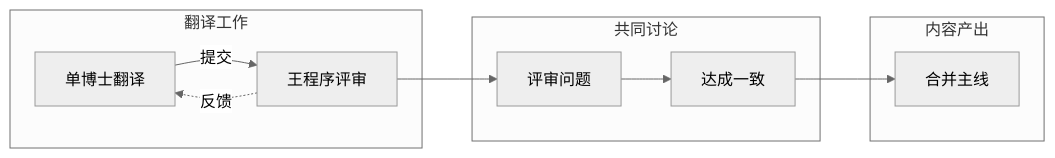
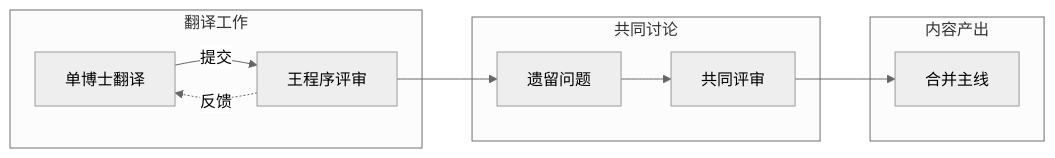
Before and after one commit to Jaas-Wang/smartbook: the diagram in README.md, drawn with Mermaid (neutral theme). The commit also changed 1 other file, not shown here.

````diff
--- a/README.md
+++ b/README.md
@@ -30,17 +30,17 @@
 ```mermaid
 graph LR
 Helen[单博士翻译]
 YHWang[王程序评审]
-Disc[评审问题]
-Conf[达成一致]
+Disc[遗留问题]
+Conf[共同评审]
 ReQ[合并主线]
 subgraph 翻译工作
 Helen -->|提交| YHWang -.->|反馈| Helen
 end
 subgraph 共同讨论
 YHWang --> Disc --> Conf
 end
 subgraph 内容产出
 Conf --> ReQ
 end
 ```
````
